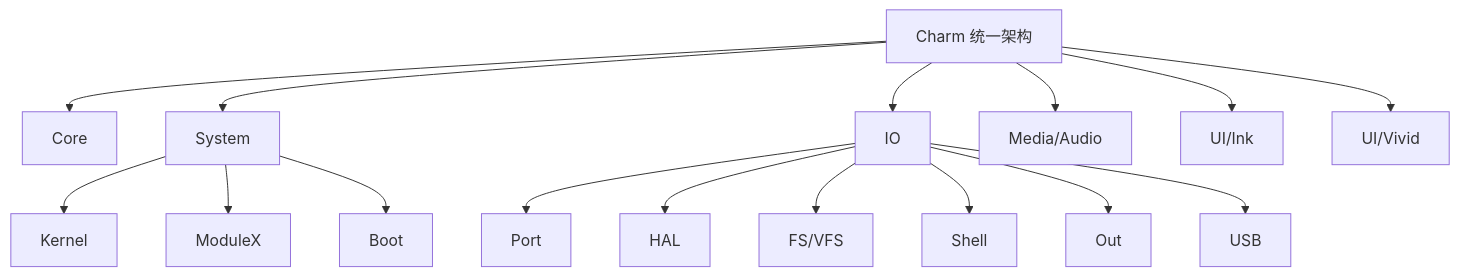
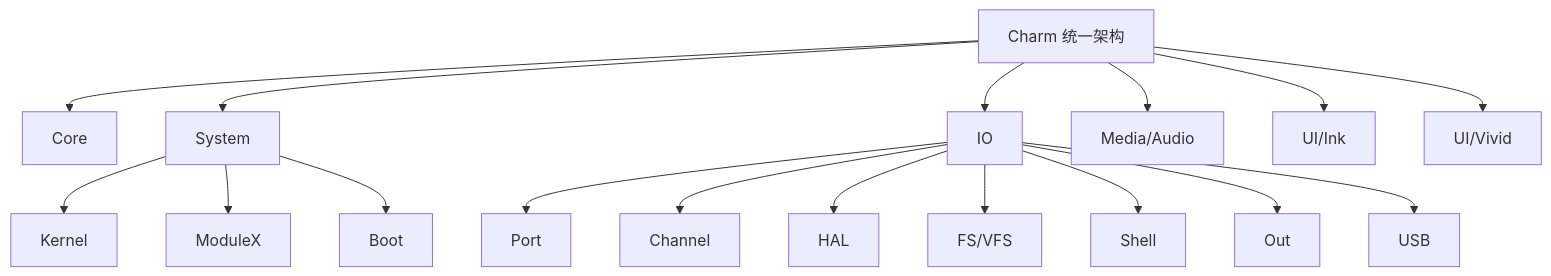
The first of 8 diagrams in docs/architecture_overview.md (Little-Red-Cap/Charm-os), drawn with Mermaid before and after one commit. The commit also changed other lines of this file and 3 other files, not shown here.

````diff
--- a/docs/architecture_overview.md
+++ b/docs/architecture_overview.md
@@ -23,18 +23,19 @@
 ```mermaid
 graph TD
     A[Charm 统一架构] --> C[Core]
     A --> SYS[System]
     A --> IO[IO]
     A --> AU[Media/Audio]
     A --> UI1[UI/Ink]
     A --> UI2[UI/Vivid]
     SYS --> K[Kernel]
     SYS --> M[ModuleX]
     SYS --> B[Boot]
     IO --> P[Port]
+    IO --> CH[Channel]
     IO --> H[HAL]
     IO --> F[FS/VFS]
     IO --> SH[Shell]
     IO --> OUT[Out]
     IO --> USB[USB]
 ```
````
